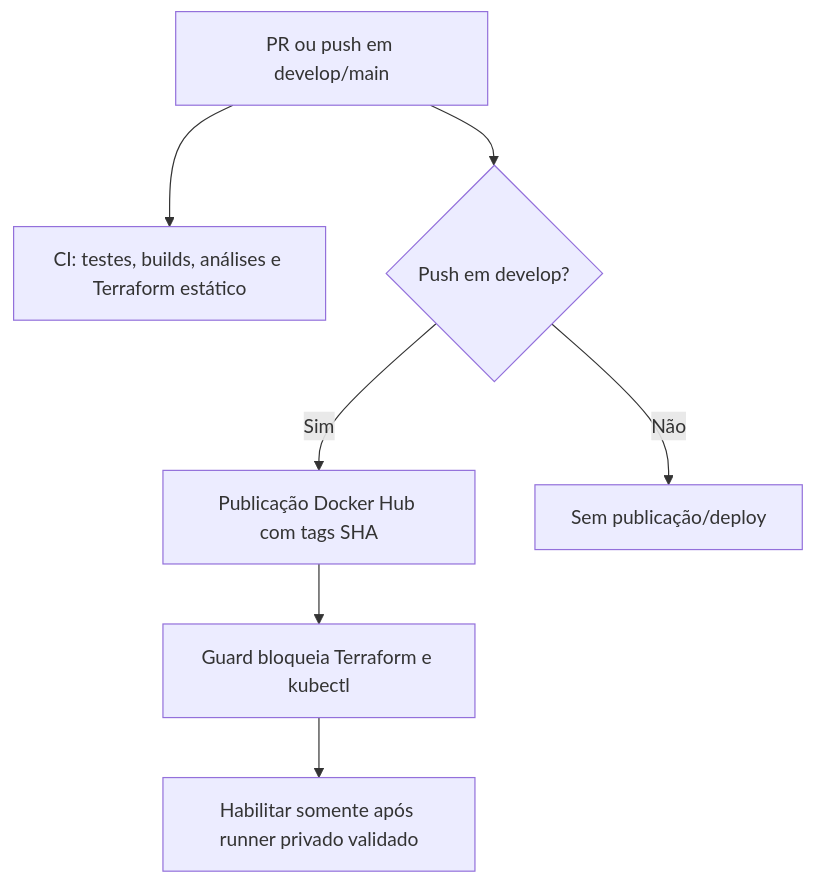
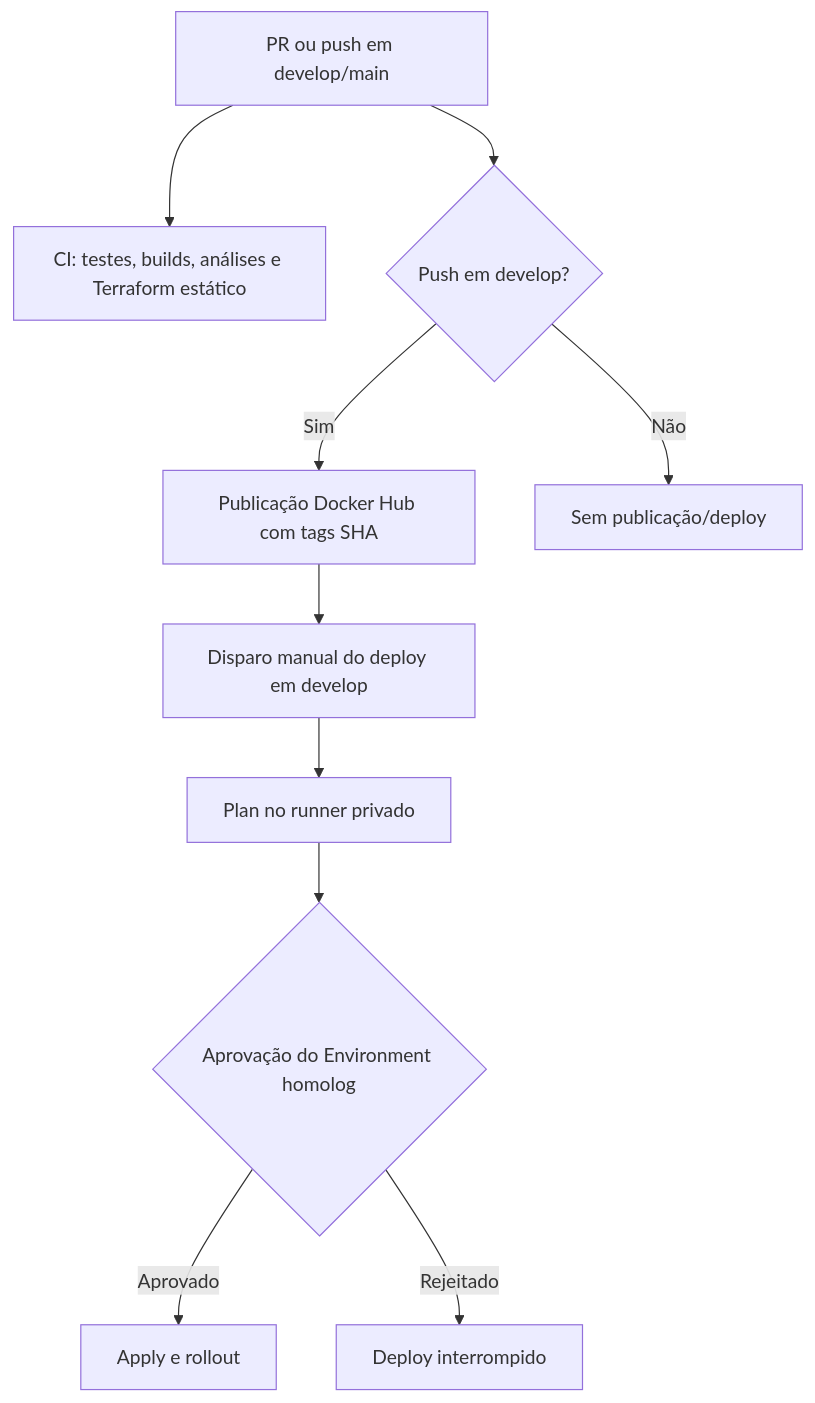
One commit to BrunoSousa06/autoflow changed the first of 2 diagrams in README.md. Above: the diagram before and after it, drawn with Mermaid. The commit also changed other lines of this file and 9 other files, not shown here.

Commit message:
feat(ci): proteger plan Terraform por artifact

````diff
--- a/README.md
+++ b/README.md
@@ -207,9 +207,12 @@
 ```mermaid
 flowchart TD
   A[PR ou push em develop/main] --> B[CI: testes, builds, análises e Terraform estático]
   A --> C{Push em develop?}
   C -->|Sim| D[Publicação Docker Hub com tags SHA]
-  D --> E[Guard bloqueia Terraform e kubectl]
+  D --> E[Disparo manual do deploy em develop]
+  E --> P[Plan no runner privado]
+  P --> G{Aprovação do Environment homolog}
+  G -->|Aprovado| T[Apply e rollout]
+  G -->|Rejeitado| X[Deploy interrompido]
   C -->|Não| F[Sem publicação/deploy]
-  E --> G[Habilitar somente após runner privado validado]
 ```
````
